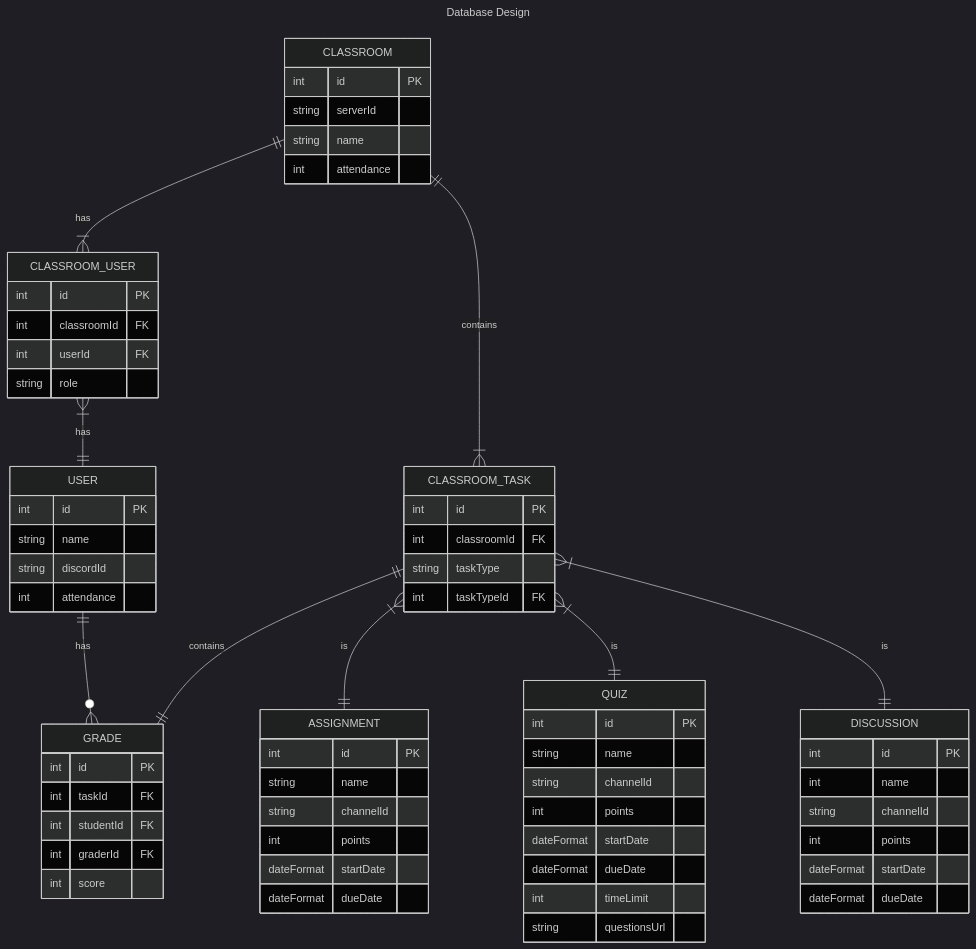
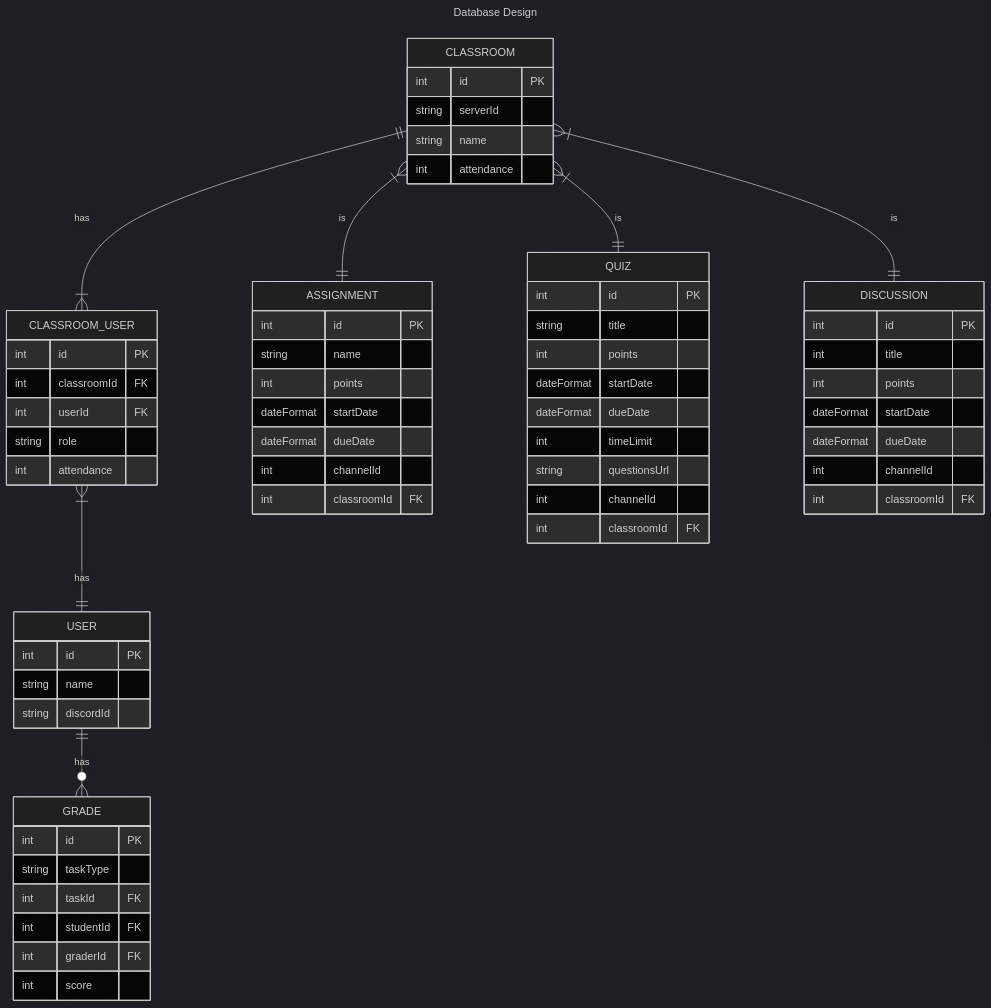
Before and after one commit to Capstone-Projects-2023-Spring/project-discord-classroom: the second of 8 diagrams in documentation/docs/system-architecture/design.md, drawn with Mermaid (dark theme).

Commit message:
Update database design

````diff
--- a/documentation/docs/system-architecture/design.md
+++ b/documentation/docs/system-architecture/design.md
@@ -50,72 +50,67 @@
 ```mermaid
 ---
 title: Database Design
 ---
 erDiagram
     CLASSROOM {
         int id PK
         string serverId
         string name
         int attendance
     }
     CLASSROOM_USER {
         int id PK
         int classroomId FK
         int userId FK
         string role
+        int attendance
     }
     USER {
         int id PK
         string name
         string discordId
-        int attendance
-    }
-    CLASSROOM_TASK {
-        int id PK
-        int classroomId FK
-        string taskType
-        int taskTypeId FK
     }
     ASSIGNMENT {
         int id PK
         string name
-        string channelId
         int points
         dateFormat startDate
         dateFormat dueDate
+        int channelId
+        int classroomId FK
     }
     QUIZ {
         int id PK
-        string name
-        string channelId
+        string title
         int points
         dateFormat startDate
         dateFormat dueDate
         int timeLimit
         string questionsUrl
+        int channelId
+        int classroomId FK
     }
     DISCUSSION {
        int id PK
-       int name
-       string channelId
+       int title
        int points
        dateFormat startDate
        dateFormat dueDate 
+       int channelId
+       int classroomId FK
     }
     GRADE {
         int id PK
+        string taskType
         int taskId FK
         int studentId FK
         int graderId FK
         int score
-
     }
     CLASSROOM ||--|{ CLASSROOM_USER : has
-    CLASSROOM ||--|{ CLASSROOM_TASK : contains
-    CLASSROOM_TASK || -- || GRADE : contains
     CLASSROOM_USER }|--|| USER : has
-    CLASSROOM_TASK }|--|| ASSIGNMENT : is
-    CLASSROOM_TASK }|--|| QUIZ : is
-    CLASSROOM_TASK }|--|| DISCUSSION : is
+    CLASSROOM }|--|| ASSIGNMENT : is
+    CLASSROOM }|--|| QUIZ : is
+    CLASSROOM }|--|| DISCUSSION : is
     USER ||--o{ GRADE : has
 ```
````
